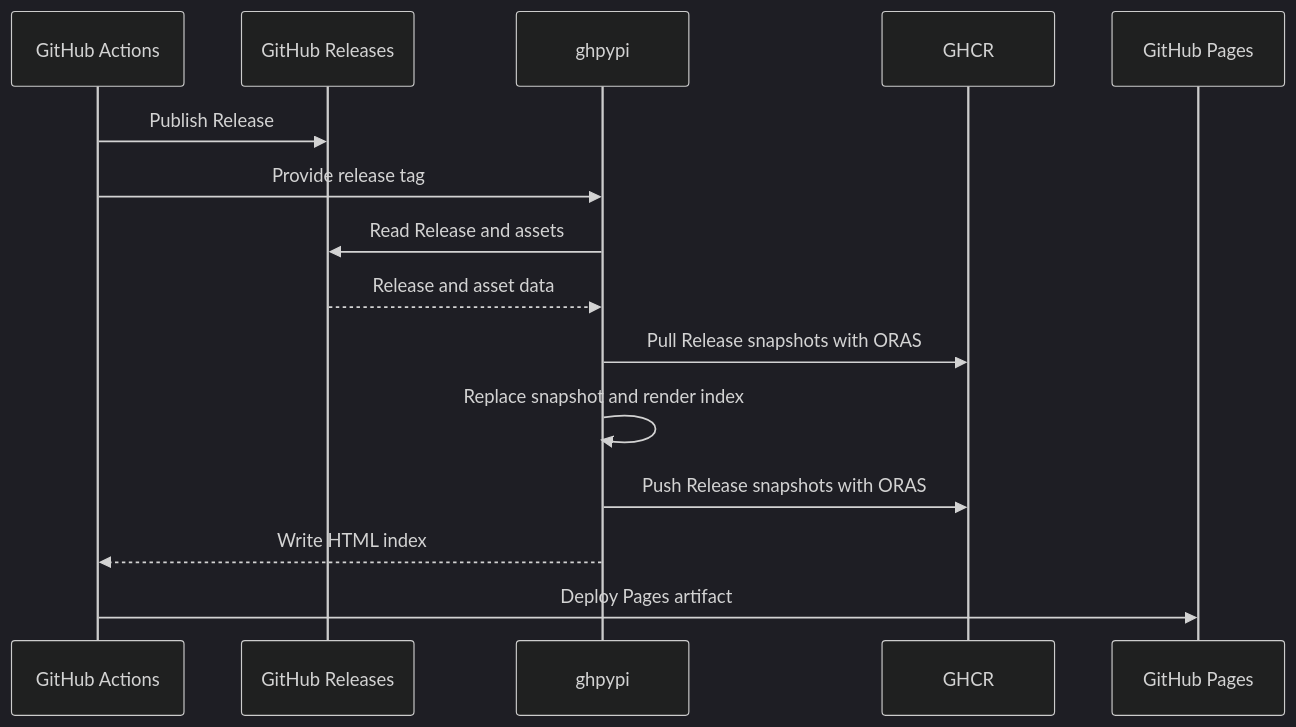
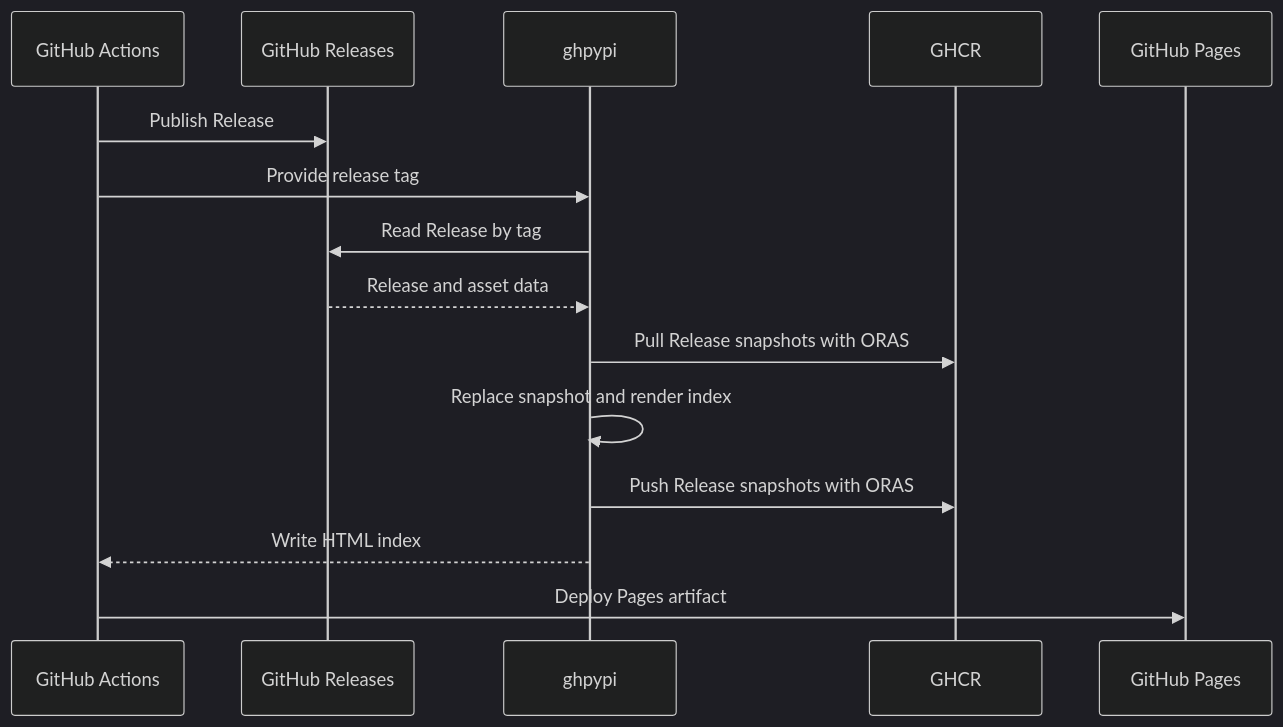
One commit to MtkN1/ghpypi changed the diagram in CONTRIBUTING.md. Above: the diagram before and after it, drawn with Mermaid (dark theme). The commit also changed other lines of this file, not shown here.

Commit message:
docs: clarify release snapshot architecture (#3)

````diff
--- a/CONTRIBUTING.md
+++ b/CONTRIBUTING.md
@@ -9,18 +9,18 @@
 ```mermaid
 sequenceDiagram
     participant Workflow as GitHub Actions
     participant Releases as GitHub Releases
     participant Ghpypi as ghpypi
     participant Snapshots as GHCR
     participant Pages as GitHub Pages
 
     Workflow->>Releases: Publish Release
     Workflow->>Ghpypi: Provide release tag
-    Ghpypi->>Releases: Read Release and assets
+    Ghpypi->>Releases: Read Release by tag
     Releases-->>Ghpypi: Release and asset data
     Ghpypi->>Snapshots: Pull Release snapshots with ORAS
     Ghpypi->>Ghpypi: Replace snapshot and render index
     Ghpypi->>Snapshots: Push Release snapshots with ORAS
     Ghpypi-->>Workflow: Write HTML index
     Workflow->>Pages: Deploy Pages artifact
 ```
````
